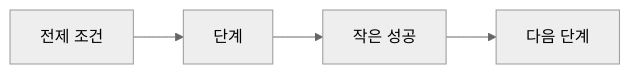
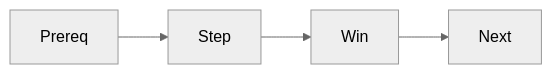
The diagram in content/technical-writing-101/ko/08-writing-tutorials.md (yeongseon-books/book-content), drawn with Mermaid (neutral theme) before and after one commit. The commit also changed other lines of this file and 9 other files, not shown here.

````diff
--- a/content/technical-writing-101/ko/08-writing-tutorials.md
+++ b/content/technical-writing-101/ko/08-writing-tutorials.md
@@ -48,6 +50,6 @@
 ```mermaid
 flowchart LR
-    P[전제 조건] --> S[단계]
-    S --> W[작은 성공]
-    W --> N[다음 단계]
+    P[Prereq] --> S[Step]
+    S --> W[Win]
+    W --> N[Next]
 ```
````
